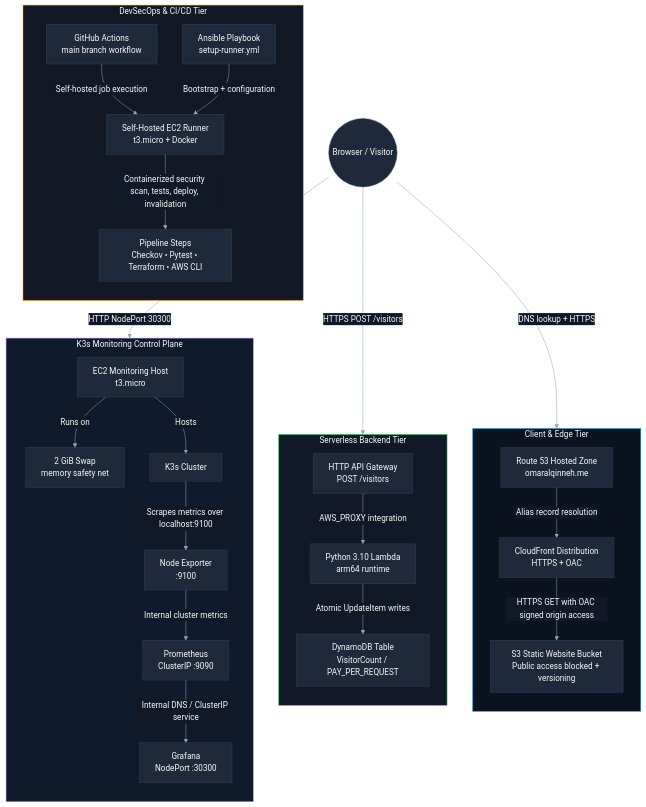
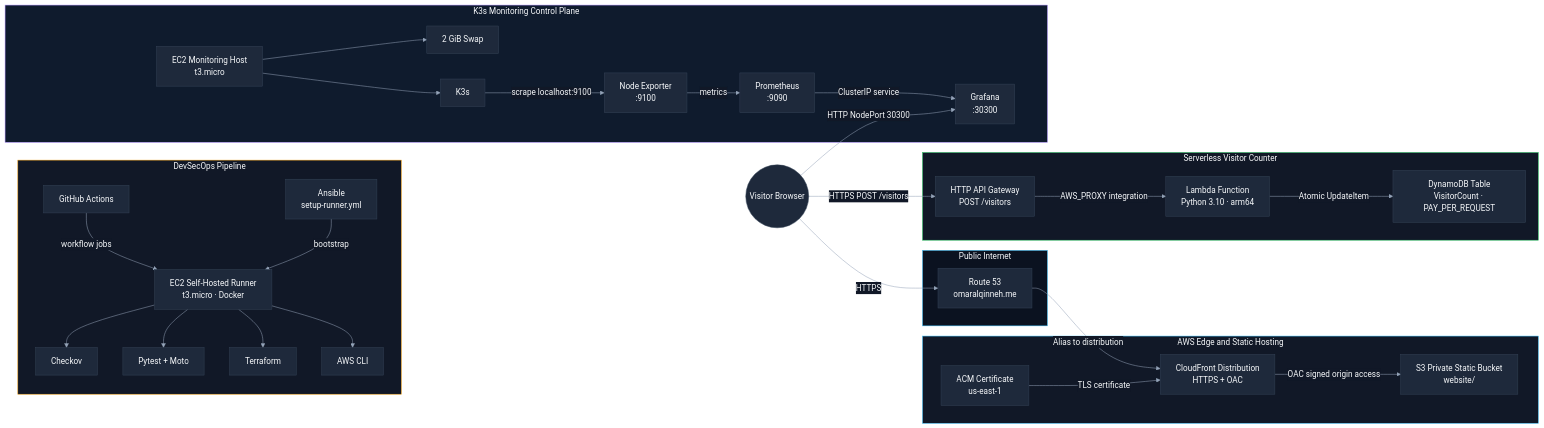
One commit to qinneh-dev/cloud-resume-challenge changed the diagram in README.md. Above: the diagram before and after it, drawn with Mermaid. The commit also changed other lines of this file, not shown here.

Commit message:
Refine README architecture and compliance docs

````diff
--- a/README.md
+++ b/README.md
@@ -34,62 +34,70 @@
 	'clusterBorder': '#475569',
 	'fontFamily': 'Inter, Segoe UI, system-ui, sans-serif'
 }}}%%
-flowchart TB
-	user((Browser / Visitor))
+flowchart LR
+	viewer((Visitor Browser))
 
-	subgraph edgeTier[Client & Edge Tier]
-		direction TB
-		route53[Route 53 Hosted Zone<br/>omaralqinneh.me]
-		cloudfront[CloudFront Distribution<br/>HTTPS + OAC]
-		s3[S3 Static Website Bucket<br/>Public access blocked + versioning]
+	subgraph internet[Public Internet]
+		route53[Route 53<br/>omaralqinneh.me]
 	end
 
-	subgraph serverlessTier[Serverless Backend Tier]
-		direction TB
-		apigw[HTTP API Gateway<br/>POST /visitors]
-		lambdaFn[Python 3.10 Lambda<br/>arm64 runtime]
-		dynamodb[DynamoDB Table<br/>VisitorCount / PAY_PER_REQUEST]
+	subgraph edge[AWS Edge and Static Hosting]
+		acm[ACM Certificate<br/>us-east-1]
+		cloudfront[CloudFront Distribution<br/>HTTPS + OAC]
+		s3[S3 Private Static Bucket<br/>website/]
 	end
 
-	subgraph cicdTier[DevSecOps & CI/CD Tier]
-		direction TB
-		github[GitHub Actions<br/>main branch workflow]
-		ansible[Ansible Playbook<br/>setup-runner.yml]
-		runner[Self-Hosted EC2 Runner<br/>t3.micro + Docker]
-		checks[Pipeline Steps<br/>Checkov • Pytest • Terraform • AWS CLI]
+	subgraph api[Serverless Visitor Counter]
+		apigw[HTTP API Gateway<br/>POST /visitors]
+		lambdaFn[Lambda Function<br/>Python 3.10 · arm64]
+		dynamodb[DynamoDB Table<br/>VisitorCount · PAY_PER_REQUEST]
 	end
 
-	subgraph observabilityTier[K3s Monitoring Control Plane]
-		direction TB
-		ec2obs[EC2 Monitoring Host<br/>t3.micro]
-		swap[2 GiB Swap<br/>memory safety net]
-		k3s[K3s Cluster]
-		nodeExporter[Node Exporter<br/>:9100]
-		prometheus[Prometheus<br/>ClusterIP :9090]
-		grafana[Grafana<br/>NodePort :30300]
+	subgraph cicd[DevSecOps Pipeline]
+		github[GitHub Actions]
+		ansible[Ansible<br/>setup-runner.yml]
+		runner[EC2 Self-Hosted Runner<br/>t3.micro · Docker]
+		terraform[Terraform]
+		checkov[Checkov]
+		pytest[Pytest + Moto]
+		awscli[AWS CLI]
 	end
 
-	user -->|DNS lookup + HTTPS| route53
-	route53 -->|Alias record resolution| cloudfront
-	cloudfront -->|HTTPS GET with OAC signed origin access| s3
+	subgraph observability[K3s Monitoring Control Plane]
+		ec2obs[EC2 Monitoring Host<br/>t3.micro]
+		swap[2 GiB Swap]
+		k3s[K3s]
+		nodeExporter[Node Exporter<br/>:9100]
+		prometheus[Prometheus<br/>:9090]
+		grafana[Grafana<br/>:30300]
+	end
 
-	user -->|HTTPS POST /visitors| apigw
+	viewer -->|HTTPS| route53
+	route53 -->|Alias to distribution| cloudfront
+	acm -->|TLS certificate| cloudfront
+	cloudfront -->|OAC signed origin access| s3
+
+	viewer -->|HTTPS POST /visitors| apigw
 	apigw -->|AWS_PROXY integration| lambdaFn
-	lambdaFn -->|Atomic UpdateItem writes| dynamodb
+	lambdaFn -->|Atomic UpdateItem| dynamodb
 
-	github -->|Self-hosted job execution| runner
-	ansible -->|Bootstrap + configuration| runner
-	runner -->|Containerized security scan, tests, deploy, invalidation| checks
+	github -->|workflow jobs| runner
+	ansible -->|bootstrap| runner
+	runner --> checkov
+	runner --> pytest
+	runner --> terraform
+	runner --> awscli
 
-	ec2obs -->|Runs on| swap
-	ec2obs -->|Hosts| k3s
-	k3s -->|Scrapes metrics over localhost:9100| nodeExporter
-	nodeExporter -->|Internal cluster metrics| prometheus
-	prometheus -->|Internal DNS / ClusterIP service| grafana
-	user -->|HTTP NodePort 30300| grafana
+	ec2obs --> swap
+	ec2obs --> k3s
+	k3s -->|scrape localhost:9100| nodeExporter
+	nodeExporter -->|metrics| prometheus
+	prometheus -->|ClusterIP service| grafana
+	viewer -->|HTTP NodePort 30300| grafana
 
-	style edgeTier fill:#0b1220,stroke:#38bdf8,stroke-width:1px,color:#f8fafc
-	style serverlessTier fill:#111827,stroke:#22c55e,stroke-width:1px,color:#f8fafc
-	style cicdTier fill:#121826,stroke:#f59e0b,stroke-width:1px,color:#f8fafc
-	style observabilityTier fill:#0f1b2d,stroke:#a78bfa,stroke-width:1px,color:#f8fafc
+	style internet fill:#0b1220,stroke:#38bdf8,stroke-width:1px,color:#f8fafc
+	style edge fill:#111827,stroke:#38bdf8,stroke-width:1px,color:#f8fafc
+	style api fill:#111827,stroke:#22c55e,stroke-width:1px,color:#f8fafc
+	style cicd fill:#111827,stroke:#f59e0b,stroke-width:1px,color:#f8fafc
+	style observability fill:#0f1b2d,stroke:#a78bfa,stroke-width:1px,color:#f8fafc
 ```
````
